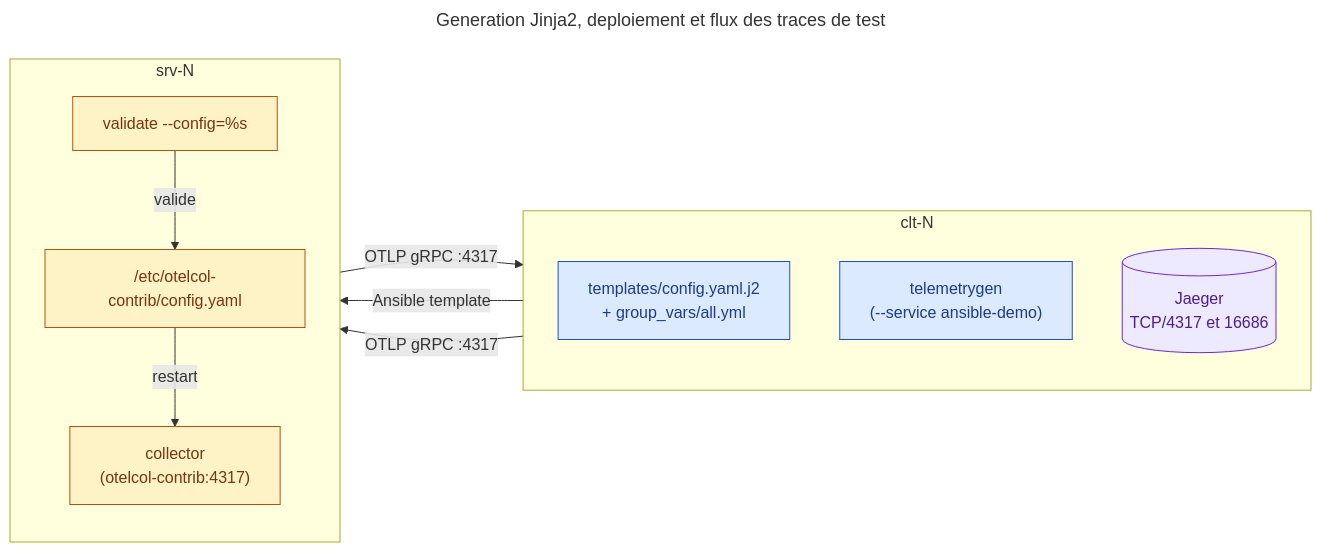
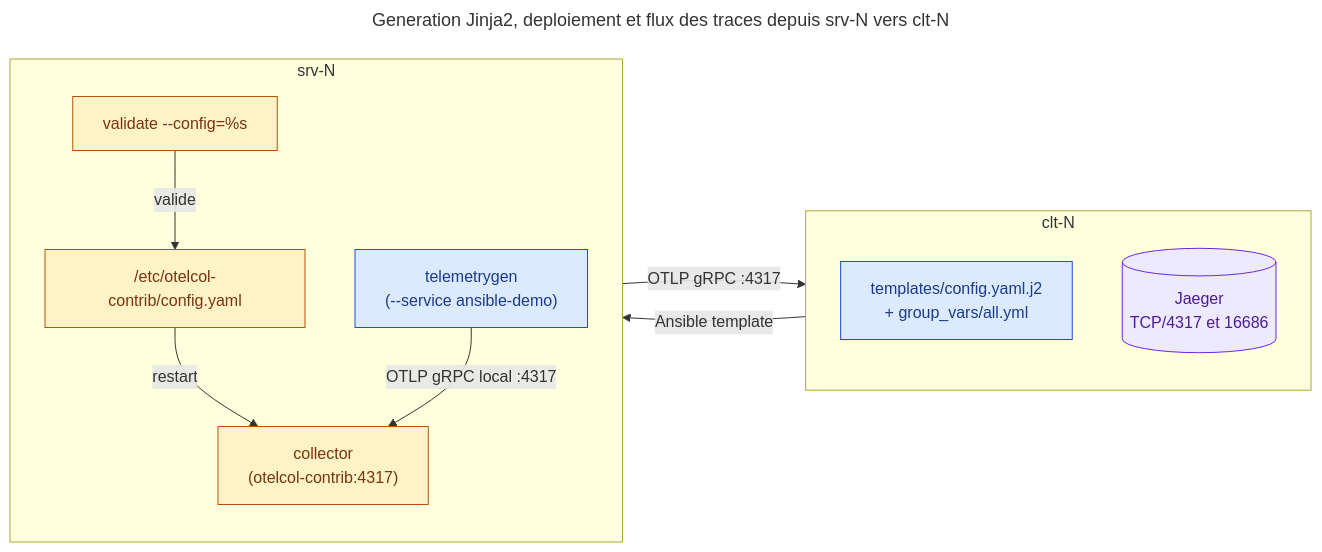
Before and after one commit to pragmatic-fermat/opentelemetry-labs: the third of 6 diagrams in Lab_04_Ansible_Jinja2.md, drawn with Mermaid. The commit also changed other lines of this file, not shown here.

Commit message:
lab 4 : execution de telemetrygen sur srv-N via SSH et mise a jour du schema section 3

````diff
--- a/Lab_04_Ansible_Jinja2.md
+++ b/Lab_04_Ansible_Jinja2.md
@@ -300,33 +300,33 @@
 ```mermaid
 ---
-title: Generation Jinja2, deploiement et flux des traces de test
+title: Generation Jinja2, deploiement et flux des traces depuis srv-N vers clt-N
 ---
 flowchart LR
   subgraph CLT["clt-N"]
     direction TB
     TPL["templates/config.yaml.j2<br/>+ group_vars/all.yml"]
-    TG["telemetrygen<br/>(--service ansible-demo)"]
     JG[("Jaeger<br/>TCP/4317 et 16686")]
   end
 
   subgraph SRV["srv-N"]
     direction TB
     VAL["validate --config=%s"]
     CFG["/etc/otelcol-contrib/config.yaml"]
+    TG["telemetrygen<br/>(--service ansible-demo)"]
     COL["collector<br/>(otelcol-contrib:4317)"]
     VAL -->|valide| CFG
     CFG -->|restart| COL
+    TG -->|"OTLP gRPC local :4317"| COL
   end
 
   TPL -->|"Ansible template"| VAL
-  TG -->|"OTLP gRPC :4317"| COL
   COL -->|"OTLP gRPC :4317"| JG
 
   classDef ctrl fill:#dbeafe,stroke:#1d4ed8,color:#1e3a8a
   classDef col fill:#fef3c7,stroke:#b45309,color:#78350f
   classDef back fill:#ede9fe,stroke:#6d28d9,color:#4c1d95
 
   class TPL,TG ctrl
   class VAL,CFG,COL col
   class JG back
 ```
````
